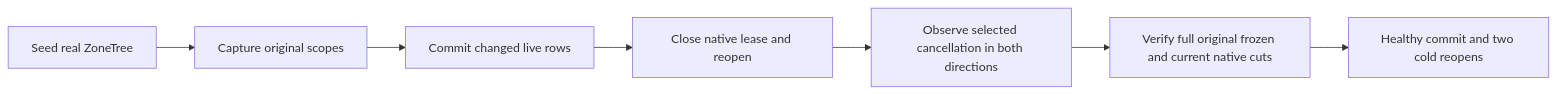
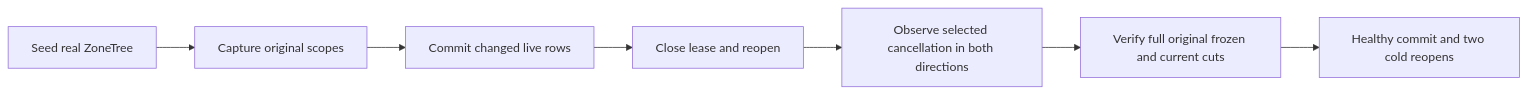
One commit to managedcode/KeyLoad changed the diagram in docs/Features/StorageRecovery/CapturedReadSelectedCancellation.md. Above: the diagram before and after it, drawn with Mermaid. The commit also changed other lines of this file and 9016 other files, not shown here.

````diff
--- a/docs/Features/StorageRecovery/CapturedReadSelectedCancellation.md
+++ b/docs/Features/StorageRecovery/CapturedReadSelectedCancellation.md
@@ -11,9 +11,9 @@
 ```mermaid
 flowchart LR
-    Native[Seed real ZoneTree] --> Capture[Capture original scopes]
+    Execution[Seed real ZoneTree] --> Capture[Capture original scopes]
     Capture --> Change[Commit changed live rows]
-    Change --> Close[Close native lease and reopen]
+    Change --> Close[Close lease and reopen]
     Close --> Cancel[Observe selected cancellation in both directions]
-    Cancel --> Preserve[Verify full original frozen and current native cuts]
+    Cancel --> Preserve[Verify full original frozen and current cuts]
     Preserve --> Healthy[Healthy commit and two cold reopens]
 ```
````
